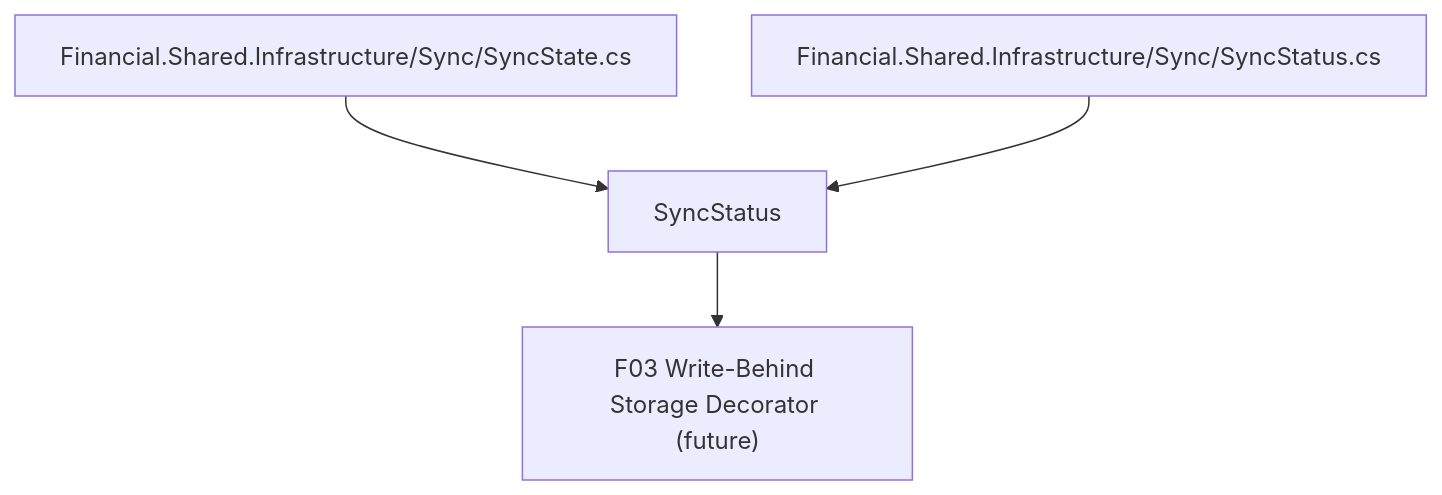
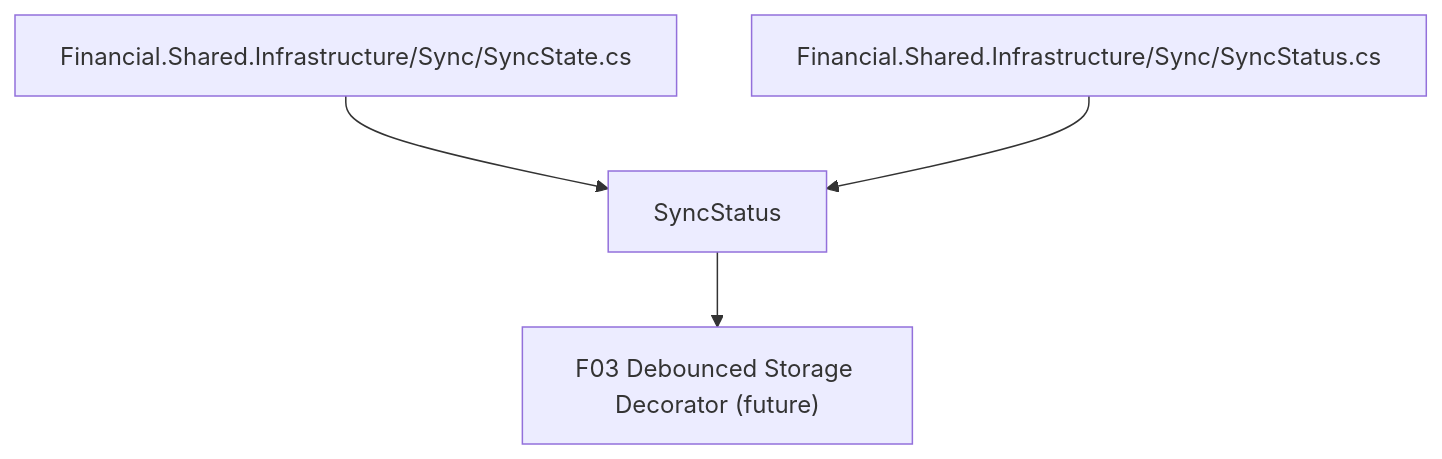
Before and after one commit to ggibellato/Financial: the diagram in docs/prd/P31-prd-async-persistence/features/P31-F01-sync-status-data-shape/spec.md, drawn with Mermaid. The commit also changed other lines of this file and 11 other files, not shown here.

First line of the commit message:
feat(P31-F03): debounced storage decorator (#399)

````diff
--- a/docs/prd/P31-prd-async-persistence/features/P31-F01-sync-status-data-shape/spec.md
+++ b/docs/prd/P31-prd-async-persistence/features/P31-F01-sync-status-data-shape/spec.md
@@ -19,6 +19,6 @@
 ```mermaid
 graph TD
     A["Financial.Shared.Infrastructure/Sync/SyncState.cs"] --> C[SyncStatus]
     B["Financial.Shared.Infrastructure/Sync/SyncStatus.cs"] --> C
-    C --> D["F03 Write-Behind Storage Decorator (future)"]
+    C --> D["F03 Debounced Storage Decorator (future)"]
 ```
````
